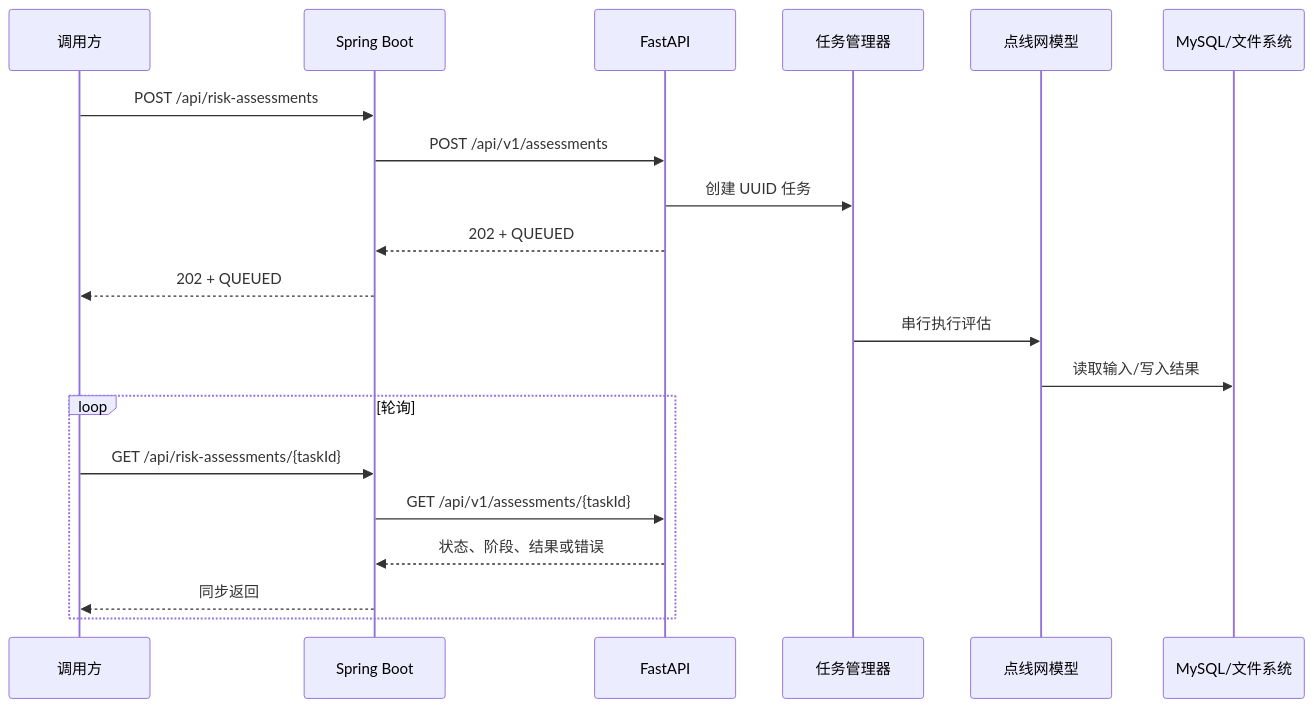
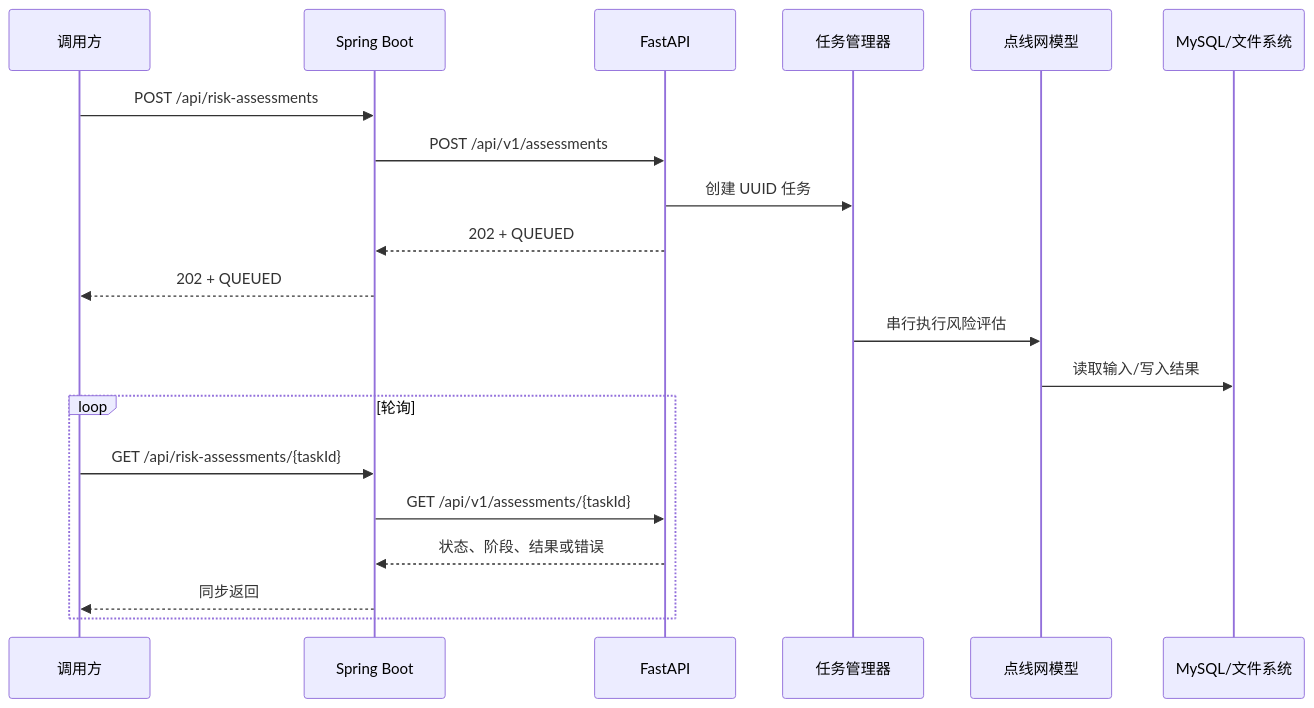
The second of 3 diagrams in 技术文档.md (Noneny/Highway_Risk_Assessment), drawn with Mermaid before and after one commit. The commit also changed 1 other file, not shown here.

Commit message:
docs: update project documentation

````diff
--- a/技术文档.md
+++ b/技术文档.md
@@ -112,23 +112,23 @@
 ```mermaid
 sequenceDiagram
     participant Caller as 调用方
     participant Java as Spring Boot
     participant API as FastAPI
     participant Task as 任务管理器
     participant Model as 点线网模型
     participant DB as MySQL/文件系统
 
     Caller->>Java: POST /api/risk-assessments
     Java->>API: POST /api/v1/assessments
     API->>Task: 创建 UUID 任务
     API-->>Java: 202 + QUEUED
     Java-->>Caller: 202 + QUEUED
-    Task->>Model: 串行执行评估
+    Task->>Model: 串行执行风险评估
     Model->>DB: 读取输入/写入结果
     loop 轮询
         Caller->>Java: GET /api/risk-assessments/{taskId}
         Java->>API: GET /api/v1/assessments/{taskId}
         API-->>Java: 状态、阶段、结果或错误
         Java-->>Caller: 同步返回
     end
 ```
````
